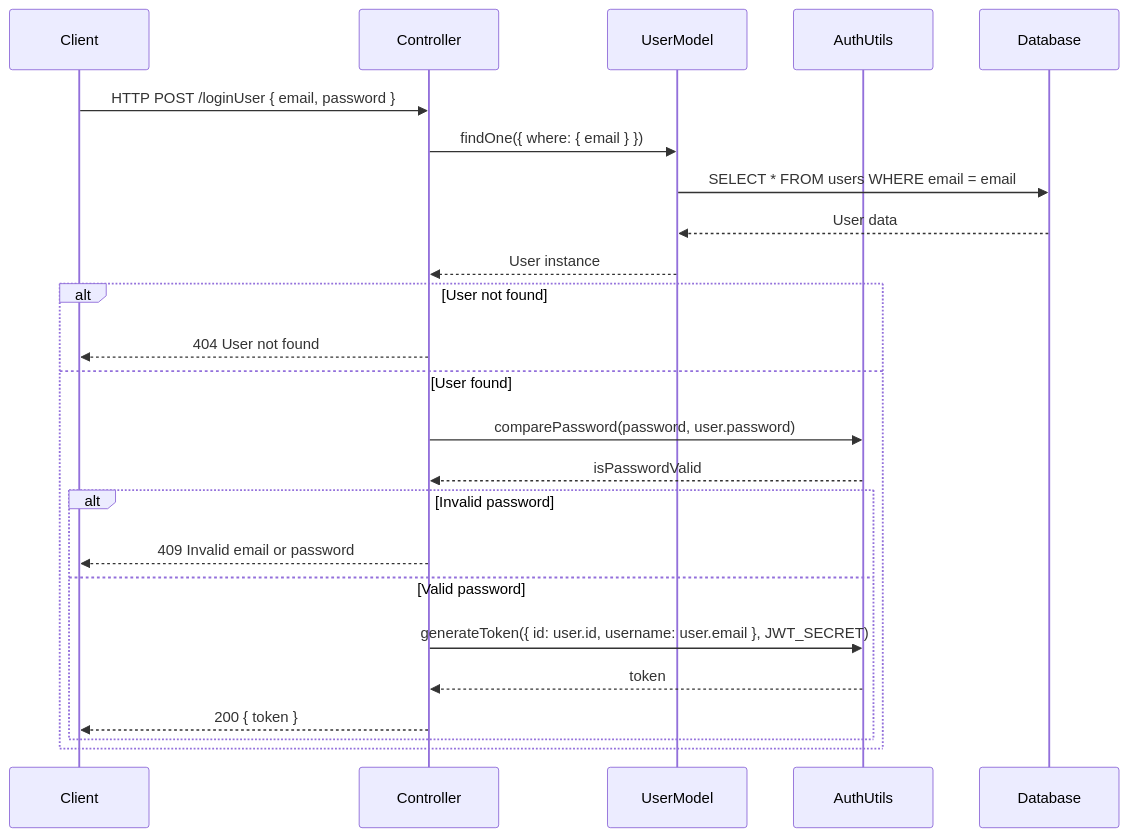
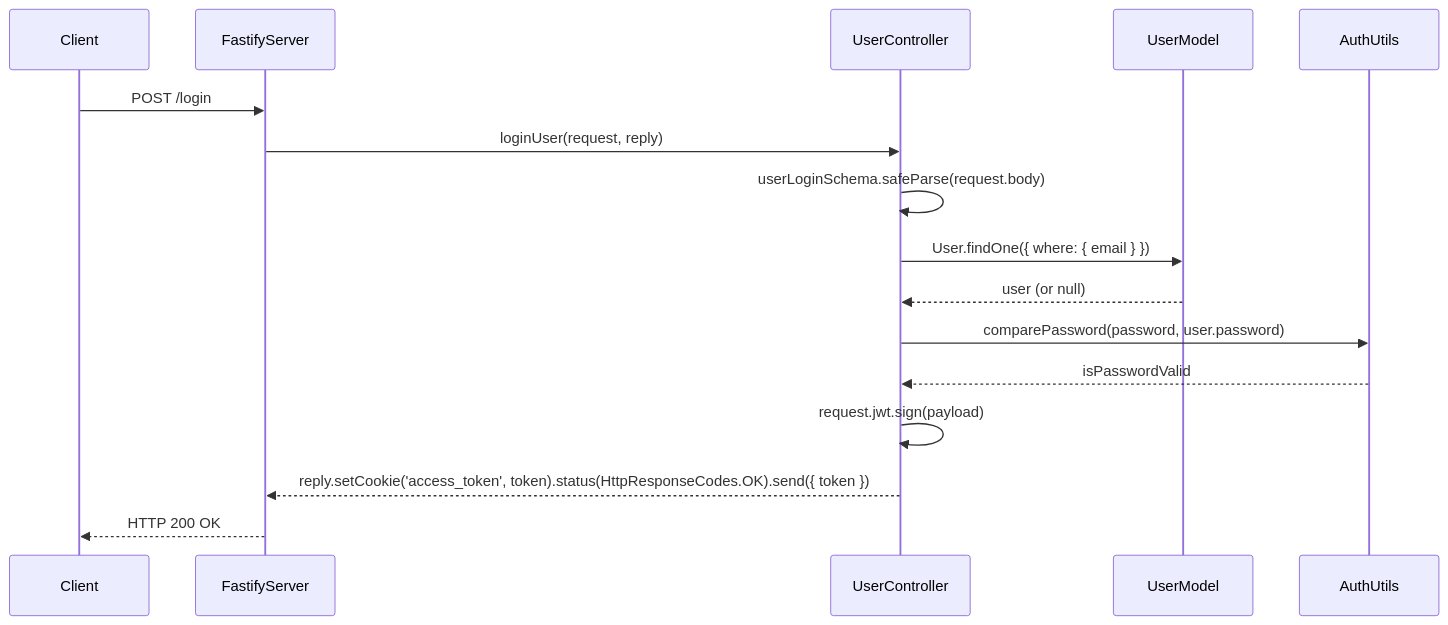
The second of 3 diagrams in src/modules/user/README.md (JohnsonJay/pos), drawn with Mermaid before and after one commit. The commit also changed other lines of this file and 1 other file, not shown here.

Commit message:
update user readme

````diff
--- a/src/modules/user/README.md
+++ b/src/modules/user/README.md
@@ -30,27 +27,19 @@
 ```mermaid
 sequenceDiagram
     participant Client
-    participant Controller
+    participant FastifyServer
+    participant UserController
     participant UserModel
     participant AuthUtils
-    participant Database
-    Client->>Controller: HTTP POST /loginUser { email, password }
-    Controller->>UserModel: findOne({ where: { email } })
-    UserModel->>Database: SELECT * FROM users WHERE email = email
-    Database-->>UserModel: User data
-    UserModel-->>Controller: User instance
-    alt User not found
-        Controller-->>Client: 404 User not found
-    else User found
-        Controller->>AuthUtils: comparePassword(password, user.password)
-        AuthUtils-->>Controller: isPasswordValid
-        alt Invalid password
-            Controller-->>Client: 409 Invalid email or password
-        else Valid password
-            Controller->>AuthUtils: generateToken({ id: user.id, username: user.email }, JWT_SECRET)
-            AuthUtils-->>Controller: token
-            Controller-->>Client: 200 { token }
-        end
-    end
-
+    
+    Client->>FastifyServer: POST /login
+    FastifyServer->>UserController: loginUser(request, reply)
+    UserController->>UserController: userLoginSchema.safeParse(request.body)
+    UserController->>UserModel: User.findOne({ where: { email } })
+    UserModel-->>UserController: user (or null)
+    UserController->>AuthUtils: comparePassword(password, user.password)
+    AuthUtils-->>UserController: isPasswordValid
+    UserController->>UserController: request.jwt.sign(payload)
+    UserController-->>FastifyServer: reply.setCookie('access_token', token).status(HttpResponseCodes.OK).send({ token })
+    FastifyServer-->>Client: HTTP 200 OK
 ```
````
